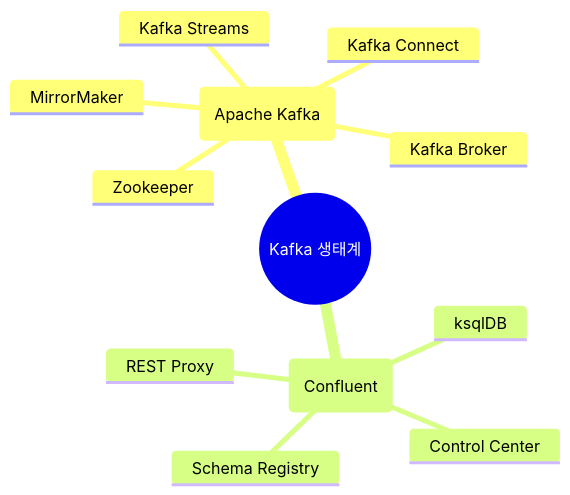
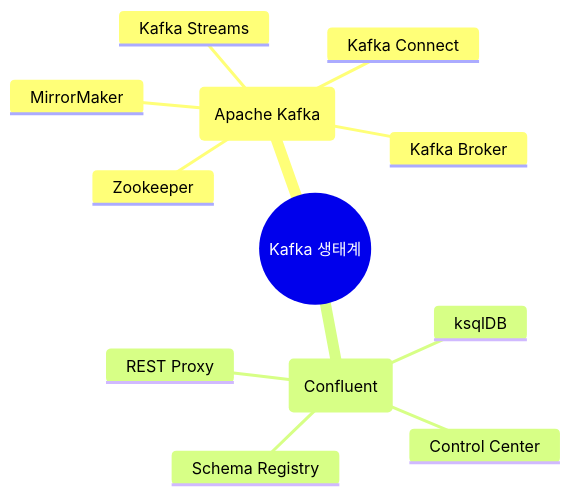
The diagram in collections/_skills/kafka/various-components.md (choesimin/choesimin.github.io), drawn with Mermaid before and after one commit. The commit also changed 2 other files, not shown here.

````diff
--- a/collections/_skills/kafka/various-components.md
+++ b/collections/_skills/kafka/various-components.md
@@ -20,15 +20,15 @@
 ```mermaid
 mindmap
-  root((Kafka 생태계))
-    apache(Apache Kafka)
-        Kafka Broker
-        Kafka Streams
-        Kafka Connect
-        MirrorMaker
-        Zookeeper
-    confluent(Confluent)
-        Schema Registry
-        ksqlDB
-        Control Center
-        REST Proxy
+    root((Kafka 생태계))
+        apache(Apache Kafka)
+            Kafka Broker
+            Kafka Streams
+            Kafka Connect
+            MirrorMaker
+            Zookeeper
+        confluent(Confluent)
+            Schema Registry
+            ksqlDB
+            Control Center
+            REST Proxy
 ```
````
